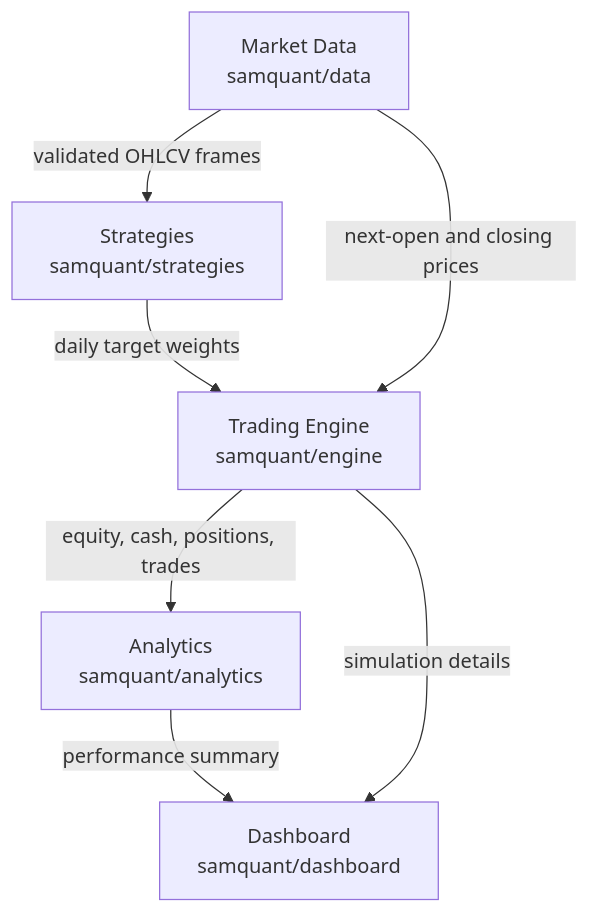
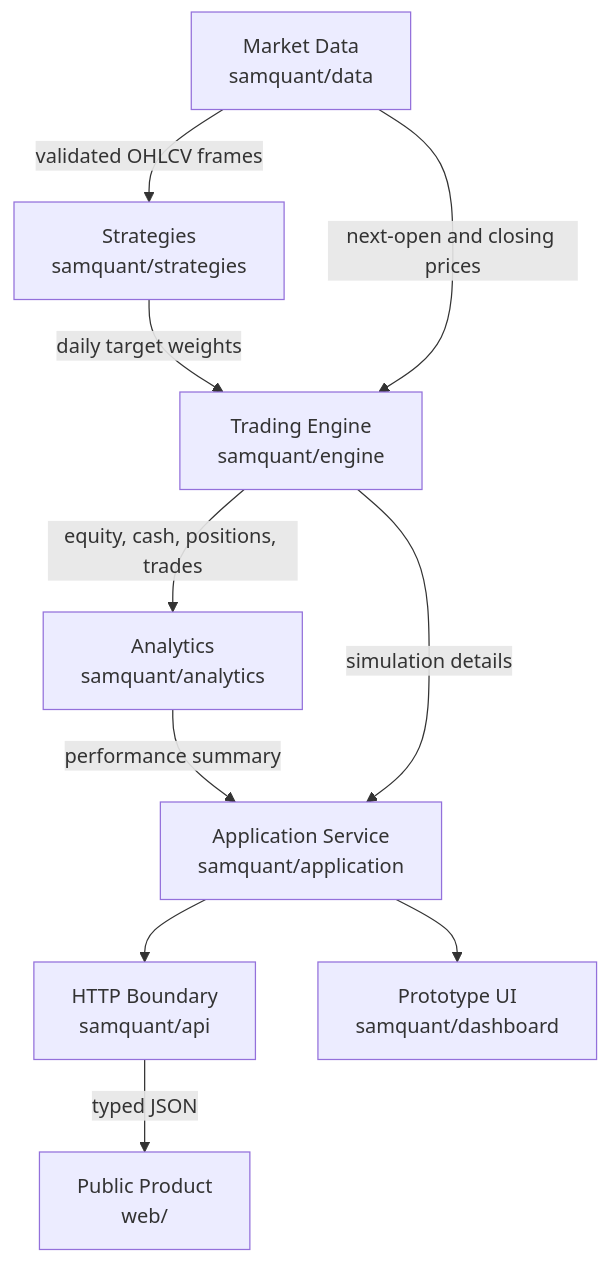
Before and after one commit to samanyuahuja/SamQuant: the first of 2 diagrams in docs/architecture.md, drawn with Mermaid. The commit also changed other lines of this file and 66 other files, not shown here.

````diff
--- a/docs/architecture.md
+++ b/docs/architecture.md
@@ -5,15 +5,21 @@
 ```mermaid
 flowchart TD
     DATA["Market Data<br/>samquant/data"]
     STRATEGY["Strategies<br/>samquant/strategies"]
     ENGINE["Trading Engine<br/>samquant/engine"]
     ANALYTICS["Analytics<br/>samquant/analytics"]
-    DASHBOARD["Dashboard<br/>samquant/dashboard"]
+    APPLICATION["Application Service<br/>samquant/application"]
+    API["HTTP Boundary<br/>samquant/api"]
+    STREAMLIT["Prototype UI<br/>samquant/dashboard"]
+    WEB["Public Product<br/>web/"]
 
     DATA -->|validated OHLCV frames| STRATEGY
     STRATEGY -->|daily target weights| ENGINE
     DATA -->|next-open and closing prices| ENGINE
     ENGINE -->|equity, cash, positions, trades| ANALYTICS
-    ANALYTICS -->|performance summary| DASHBOARD
-    ENGINE -->|simulation details| DASHBOARD
+    ANALYTICS -->|performance summary| APPLICATION
+    ENGINE -->|simulation details| APPLICATION
+    APPLICATION --> API
+    APPLICATION --> STREAMLIT
+    API -->|typed JSON| WEB
 ```
````
